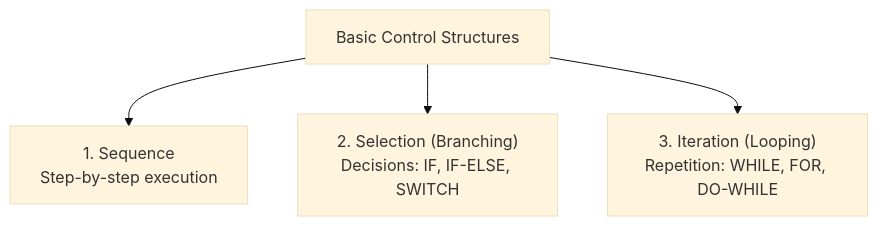
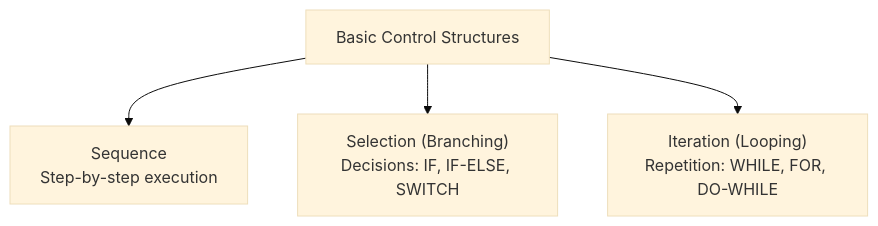
The first of 6 diagrams in content/Year 1/Introduction to Computing/3. Control Structures and Logic.md (aidocmr/learn-bscs), drawn with Mermaid (base theme) before and after one commit. The commit also changed 17 other files, not shown here.

````diff
--- a/content/Year 1/Introduction to Computing/3. Control Structures and Logic.md
+++ b/content/Year 1/Introduction to Computing/3. Control Structures and Logic.md
@@ -10,6 +10,6 @@
 ```mermaid
 graph TD
-    CS["Basic Control Structures"] --> Seq["1. Sequence<br/>Step-by-step execution"]
-    CS --> Sel["2. Selection (Branching)<br/>Decisions: IF, IF-ELSE, SWITCH"]
-    CS --> Iter["3. Iteration (Looping)<br/>Repetition: WHILE, FOR, DO-WHILE"]
+    CS["Basic Control Structures"] --> Seq["Sequence<br/>Step-by-step execution"]
+    CS --> Sel["Selection (Branching)<br/>Decisions: IF, IF-ELSE, SWITCH"]
+    CS --> Iter["Iteration (Looping)<br/>Repetition: WHILE, FOR, DO-WHILE"]
 ```
````
